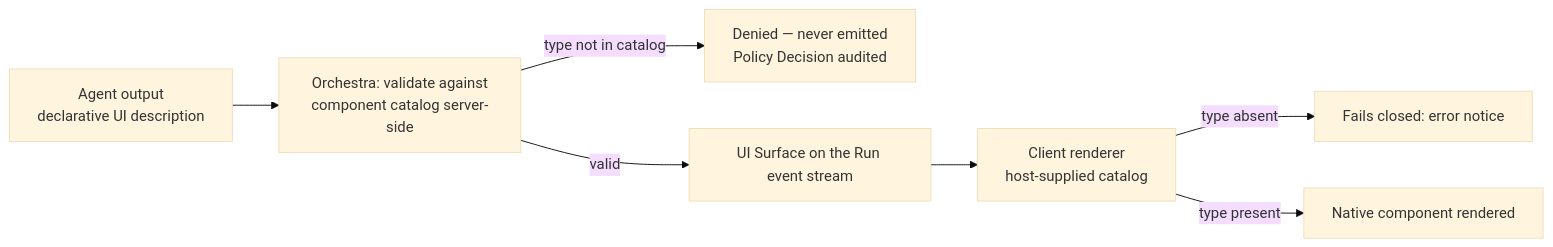
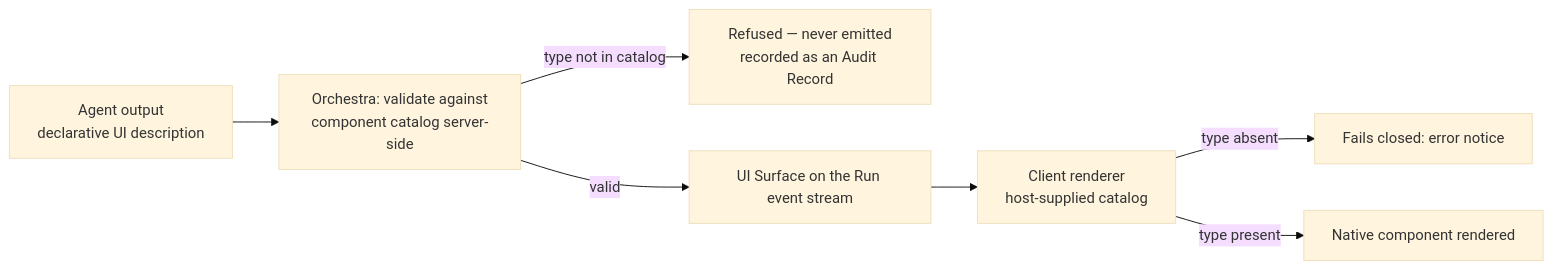
Before and after one commit to ayesigapaul/orchestra: the diagram in docs/80-reference/a2ui-evaluation.md, drawn with Mermaid (base theme). The commit also changed other lines of this file and 31 other files, not shown here.

````diff
--- a/docs/80-reference/a2ui-evaluation.md
+++ b/docs/80-reference/a2ui-evaluation.md
@@ -227,9 +227,9 @@
 ```mermaid
 flowchart LR
   A["Agent output<br/>declarative UI description"] --> P["Orchestra: validate against<br/>component catalog server-side"]
-  P -->|type not in catalog| D["Denied — never emitted<br/>Policy Decision audited"]
+  P -->|type not in catalog| D["Refused — never emitted<br/>recorded as an Audit Record"]
   P -->|valid| S["UI Surface on the Run event stream"]
   S --> R["Client renderer<br/>host-supplied catalog"]
   R -->|type absent| F["Fails closed: error notice"]
   R -->|type present| N["Native component rendered"]
 ```
````
